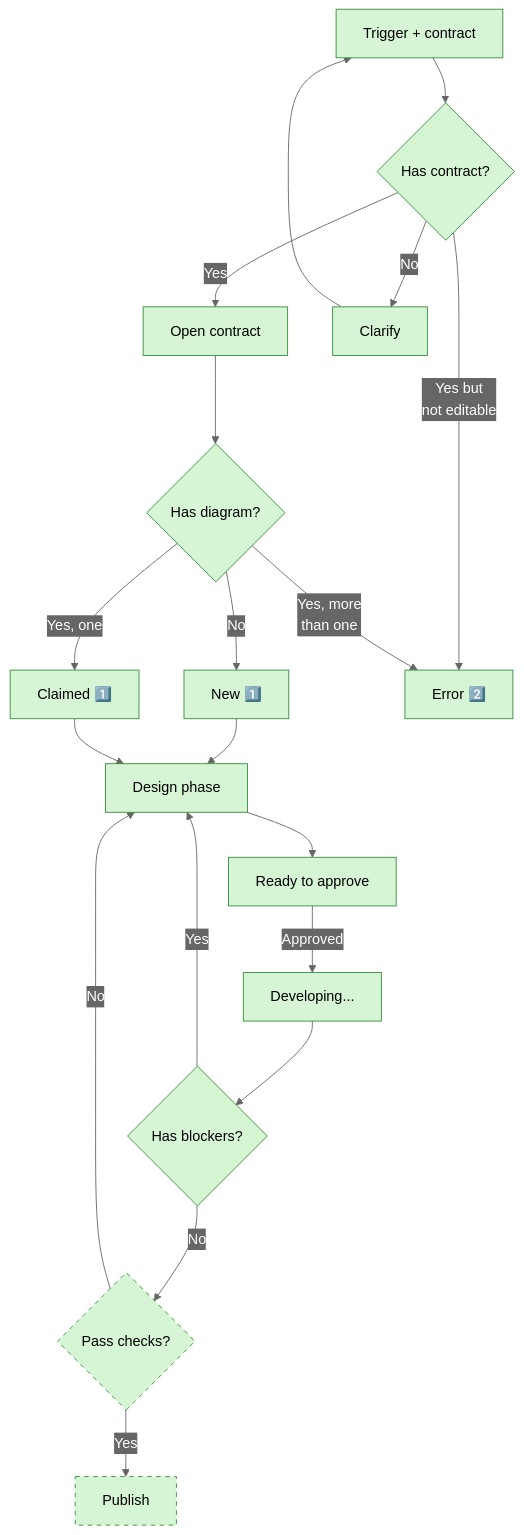
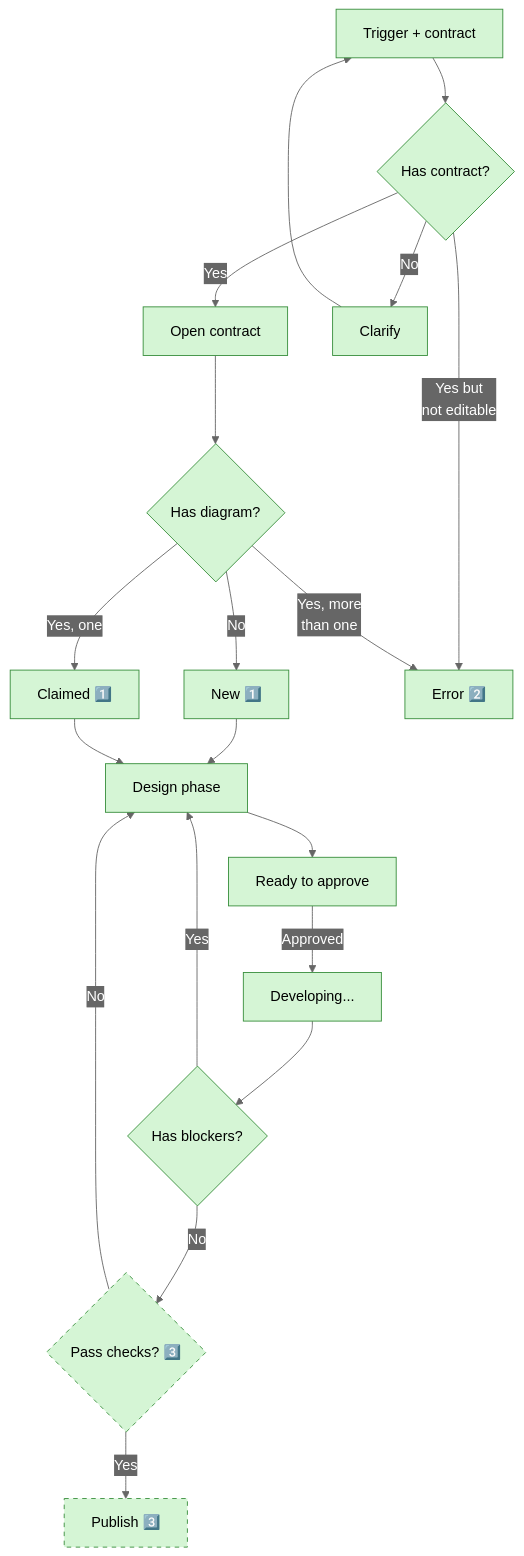
The diagram in contract-diagram/SKILL.md (nonlinear/skills), drawn with Mermaid before and after one commit. The commit also changed other lines of this file, not shown here.

Commit message:
Add note 3: Checks and publication at user discretion (TESTS + PUBLISH)

````diff
--- a/contract-diagram/SKILL.md
+++ b/contract-diagram/SKILL.md
@@ -30,50 +30,50 @@
 ```mermaid
 %%{init: {'theme':'base','themeVariables':{"primaryColor":"#4A90E2","primaryTextColor":"#fff","primaryBorderColor":"#2E5C8A","lineColor":"#666","secondaryColor":"#50E3C2","tertiaryColor":"#FFD700","edgeLabelBackground":"#666"},'flowchart':{"nodeSpacing":50,"rankSpacing":50,"padding":15,"curve":"basis"}}}%%
 flowchart TD
     TRIGGER["Trigger + contract"]
     CHECK_CONTRACT{"Has contract?"}
     OPEN["Open contract"]
     CLARIFY["Clarify"]
     CHECK_DIAGRAM{"Has diagram?"}
     CREATE["New 1️⃣"]
     CLAIM["Claimed 1️⃣"]
     ERROR["Error 2️⃣"]
     
     DESIGN["Design phase"]
     SIGNOFF["Ready to approve"]
     DEVELOPMENT["Developing..."]
     BLOCKERS{"Has blockers?"}
-    TESTS{"Pass checks?"}
-    PUBLISH["Publish"]
+    TESTS{"Pass checks? 3️⃣"}
+    PUBLISH["Publish 3️⃣"]
     
     TRIGGER --> CHECK_CONTRACT
     CHECK_CONTRACT -->|Yes| OPEN
     CHECK_CONTRACT -->|Yes but<br/>not editable| ERROR
     CHECK_CONTRACT -->|No| CLARIFY
     CLARIFY --> TRIGGER
     
     OPEN --> CHECK_DIAGRAM
     CHECK_DIAGRAM -->|Yes, more<br/>than one| ERROR
     CHECK_DIAGRAM -->|Yes, one| CLAIM
     CHECK_DIAGRAM -->|No| CREATE
     
     CREATE --> DESIGN
     CLAIM --> DESIGN
     DESIGN --> SIGNOFF
     SIGNOFF -->|Approved| DEVELOPMENT
     DEVELOPMENT --> BLOCKERS
     BLOCKERS -->|Yes| DESIGN
     BLOCKERS -->|No| TESTS
     TESTS -->|Yes| PUBLISH
     TESTS -->|No| DESIGN
     
     classDef default fill:#e0e0e0,stroke:#666,color:#000
     classDef approved fill:#FFF9C4,stroke:#F9A825,color:#000
     classDef developed fill:#D5F5D5,stroke:#388E3C,color:#000
     classDef blocker fill:#FFCDD2,stroke:#D32F2F,color:#000
     classDef developed-notes fill:#E3F2FD,stroke:#1976D2,color:#000
     classDef outside-system fill:#D5F5D5,stroke:#388E3C,stroke-dasharray:5 5,color:#000
     
     class CHECK_DIAGRAM,CREATE,CLAIM,ERROR,SIGNOFF,DESIGN,DEVELOPMENT,BLOCKERS,CHECK_CONTRACT,OPEN,CLARIFY,TRIGGER developed
     class PUBLISH,TESTS outside-system
 ```
````
